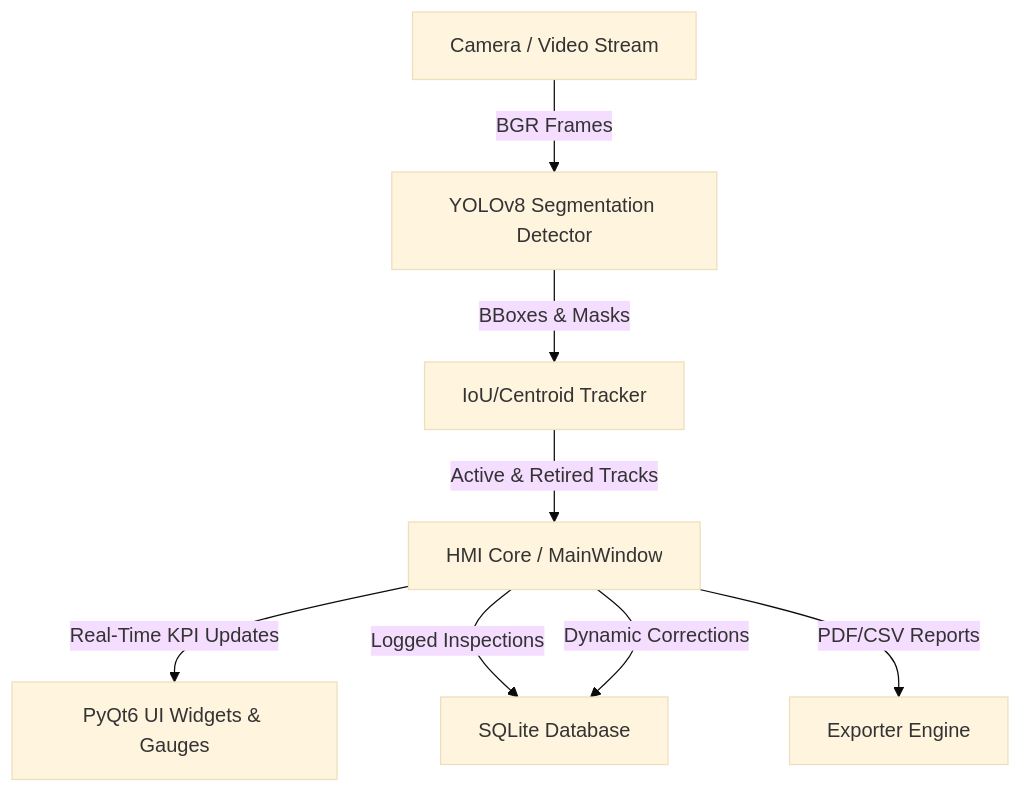
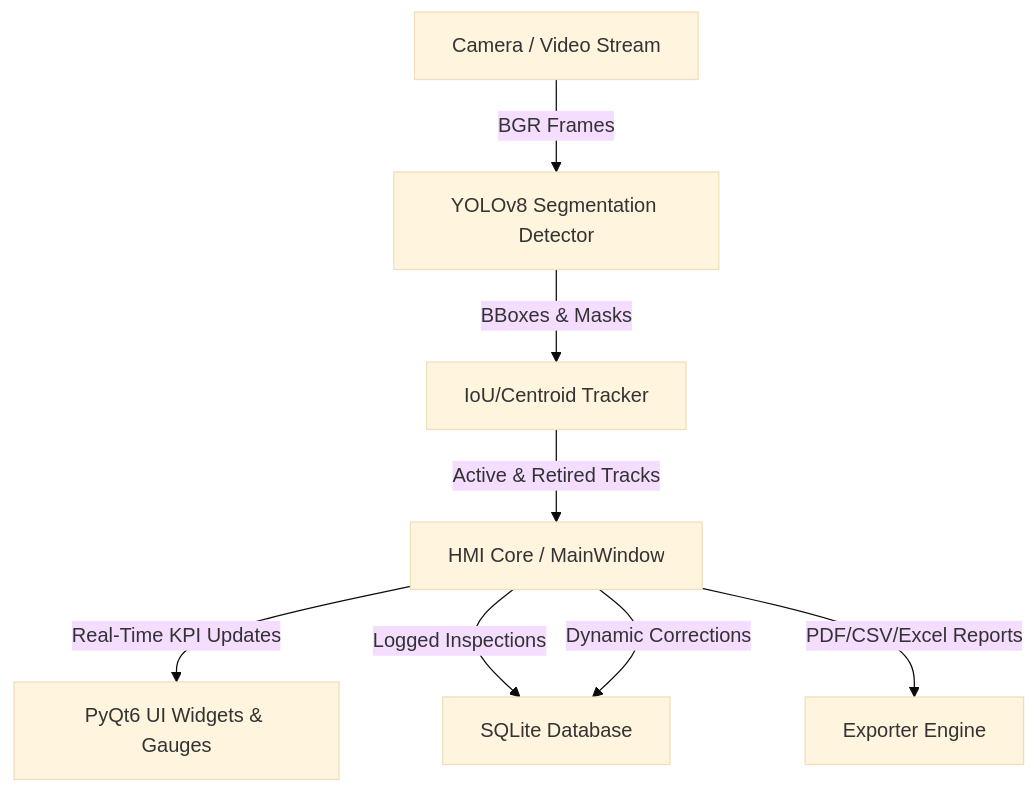
One commit to MahboobXworld/screw-defect-detection-hmi changed the diagram in Project_Report.md. Above: the diagram before and after it, drawn with Mermaid (base theme). The commit also changed other lines of this file and 14 other files, not shown here.

````diff
--- a/Project_Report.md
+++ b/Project_Report.md
@@ -52,10 +52,10 @@
 ```mermaid
 graph TD
     A[Camera / Video Stream] -->|BGR Frames| B[YOLOv8 Segmentation Detector]
     B -->|BBoxes & Masks| C[IoU/Centroid Tracker]
     C -->|Active & Retired Tracks| D[HMI Core / MainWindow]
     D -->|Real-Time KPI Updates| E[PyQt6 UI Widgets & Gauges]
     D -->|Logged Inspections| F[SQLite Database]
     D -->|Dynamic Corrections| F
-    D -->|PDF/CSV Reports| G[Exporter Engine]
+    D -->|PDF/CSV/Excel Reports| G[Exporter Engine]
 ```
````
